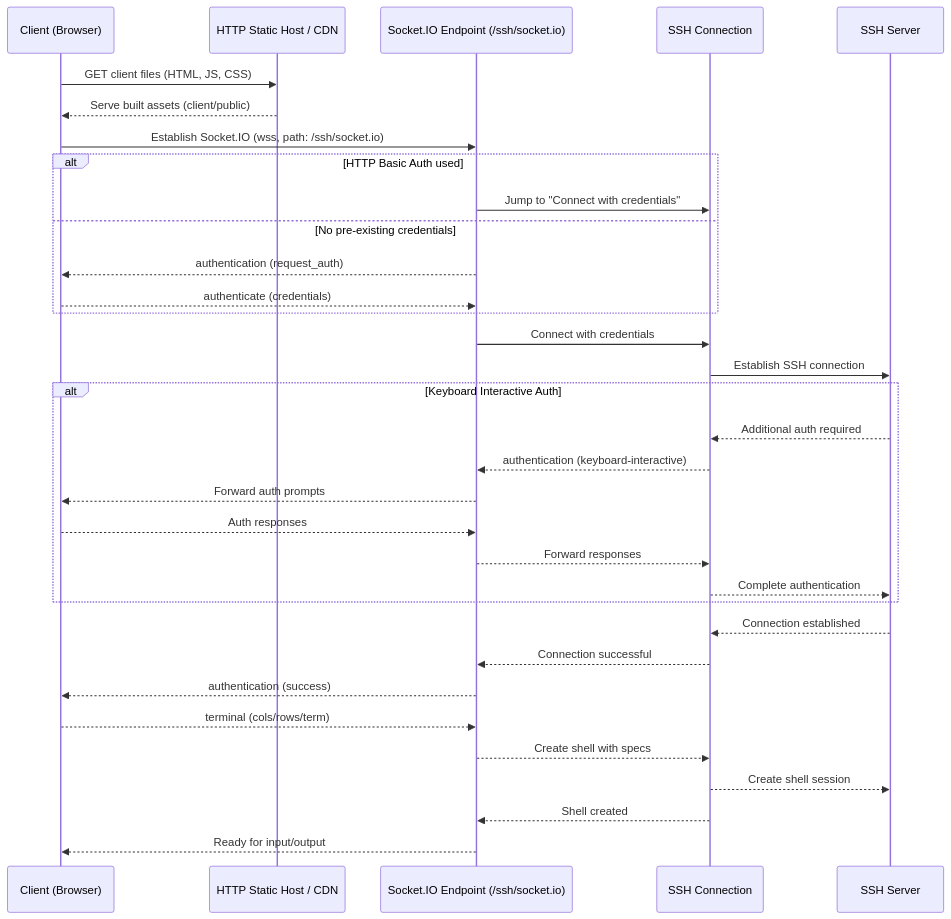
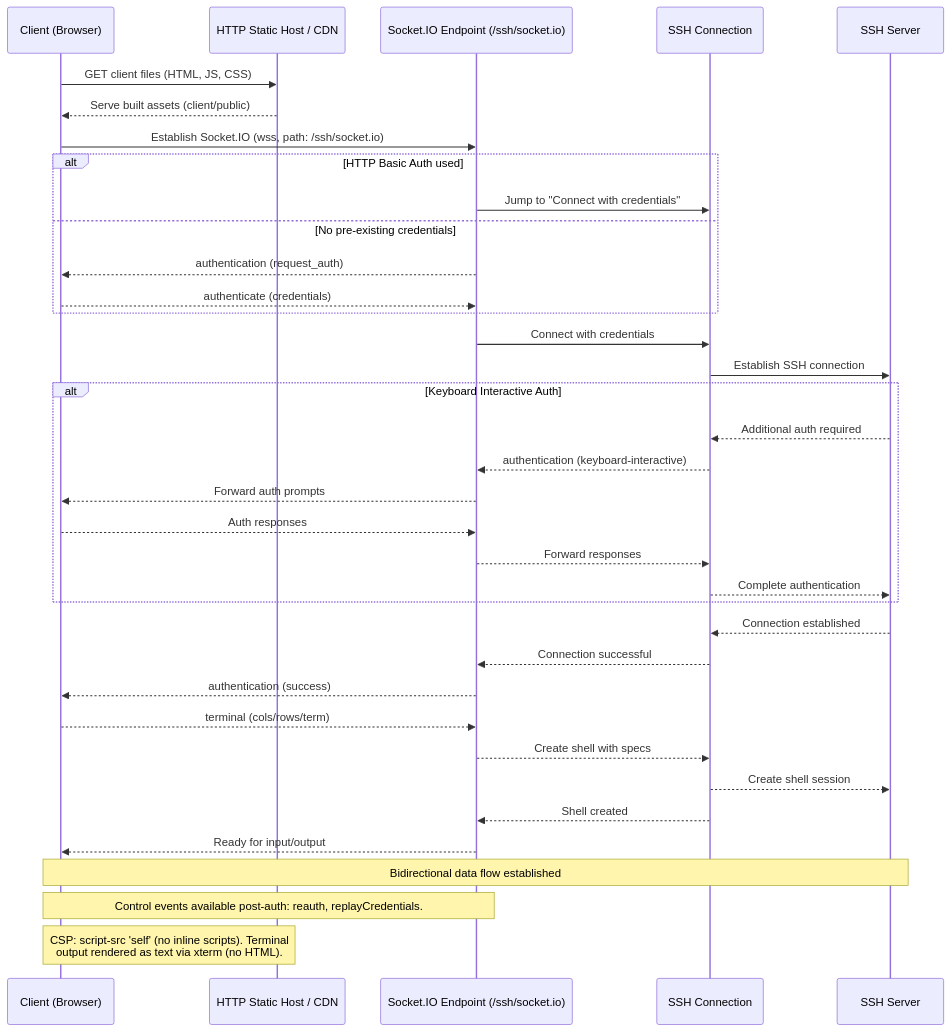
One commit to billchurch/webssh2_client changed the first of 2 diagrams in FLOWS.md. Above: the diagram before and after it, drawn with Mermaid. The commit also changed other lines of this file and 24 other files, not shown here.

````diff
--- a/FLOWS.md
+++ b/FLOWS.md
@@ -5,39 +5,44 @@
 ```mermaid
 sequenceDiagram
     participant Browser as Client (Browser)
     participant CDN as HTTP Static Host / CDN
     participant IO as Socket.IO Endpoint (/ssh/socket.io)
     participant SSHConn as SSH Connection
     participant SSH as SSH Server
 
     Browser->>CDN: GET client files (HTML, JS, CSS)
     CDN-->>Browser: Serve built assets (client/public)
 
     Browser->>IO: Establish Socket.IO (wss, path: /ssh/socket.io)
     alt HTTP Basic Auth used
         IO->>SSHConn: Jump to "Connect with credentials"
     else No pre-existing credentials
         IO-->>Browser: authentication (request_auth)
         Browser-->>IO: authenticate (credentials)
     end
 
     IO->>SSHConn: Connect with credentials
     SSHConn->>SSH: Establish SSH connection
     alt Keyboard Interactive Auth
         SSH-->>SSHConn: Additional auth required
         SSHConn-->>IO: authentication (keyboard-interactive)
         IO-->>Browser: Forward auth prompts
         Browser-->>IO: Auth responses
         IO-->>SSHConn: Forward responses
         SSHConn-->>SSH: Complete authentication
     end
 
     SSH-->>SSHConn: Connection established
     SSHConn-->>IO: Connection successful
     IO-->>Browser: authentication (success)
     Browser-->>IO: terminal (cols/rows/term)
     IO-->>SSHConn: Create shell with specs
     SSHConn-->>SSH: Create shell session
     SSHConn-->>IO: Shell created
     IO-->>Browser: Ready for input/output
+
+    Note over Browser,SSH: Bidirectional data flow established
+
+    Note over Browser,IO: Control events available post-auth: reauth, replayCredentials.
+    Note over Browser,CDN: CSP: script-src 'self' (no inline scripts). Terminal<br> output rendered as text via xterm (no HTML).
 ```
````
